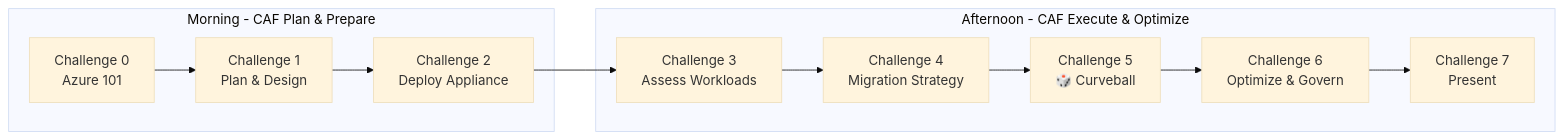
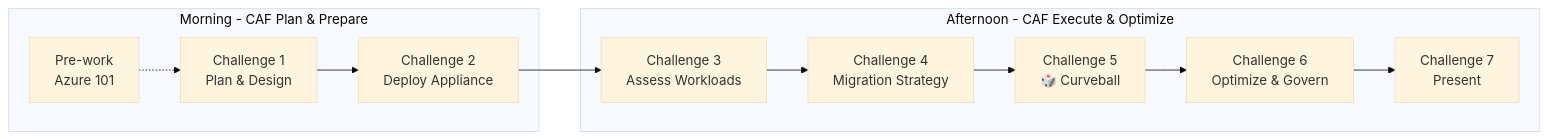
One commit to jonathan-vella/azure-migrate-wds changed the diagram in README.md. Above: the diagram before and after it, drawn with Mermaid (base theme). The commit also changed other lines of this file and 13 other files, not shown here.

````diff
--- a/README.md
+++ b/README.md
@@ -42,15 +42,15 @@
 ```mermaid
 graph LR
     subgraph "Morning - CAF Plan & Prepare"
-        C0[Challenge 0<br/>Azure 101] --> C1[Challenge 1<br/>Plan & Design]
+        C0[Pre-work<br/>Azure 101] -.-> C1[Challenge 1<br/>Plan & Design]
         C1 --> C2[Challenge 2<br/>Deploy Appliance]
     end
     
     subgraph "Afternoon - CAF Execute & Optimize"
         C2 --> C3[Challenge 3<br/>Assess Workloads]
         C3 --> C4[Challenge 4<br/>Migration Strategy]
         C4 --> C5[Challenge 5<br/>🎲 Curveball]
         C5 --> C6[Challenge 6<br/>Optimize & Govern]
         C6 --> C7[Challenge 7<br/>Present]
     end
 ```
````
